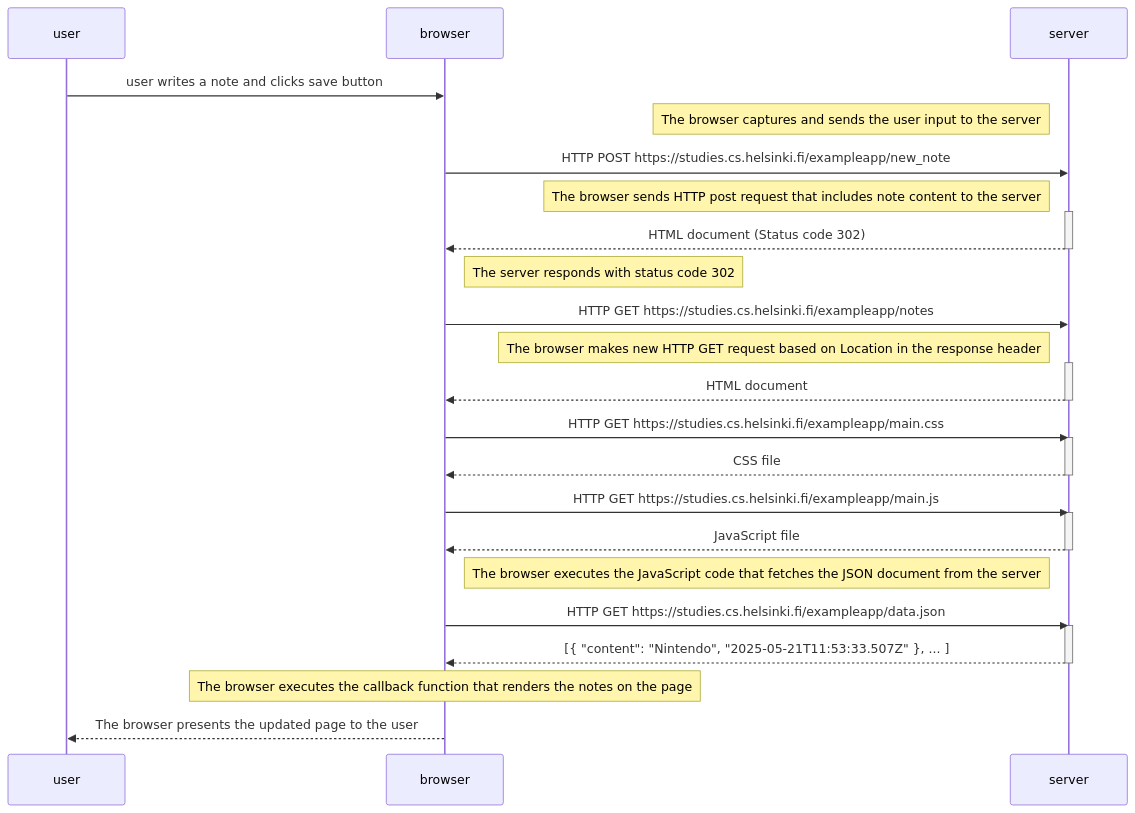
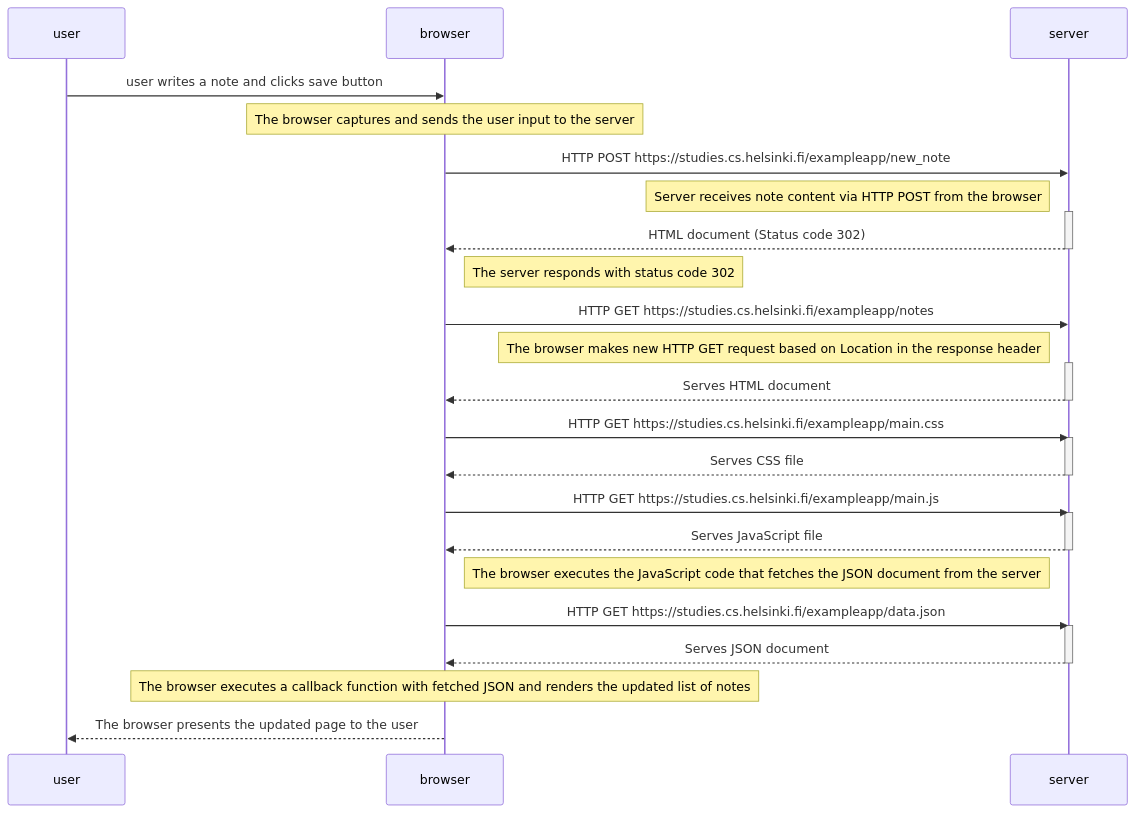
One commit to serfoll/fso_part0 changed the diagram in new-note-diagram/new-note-diagram.md. Above: the diagram before and after it, drawn with Mermaid.

Commit message:
rewording and typos fix for easier understanding

````diff
--- a/new-note-diagram/new-note-diagram.md
+++ b/new-note-diagram/new-note-diagram.md
@@ -1,52 +1,52 @@
 ```mermaid
 sequenceDiagram
 participant user
 participant browser
 participant server
 
   user->>browser: user writes a note and clicks save button
 
-  Note left of server: The browser captures and sends the user input to the server
+  Note over browser: The browser captures and sends the user input to the server
 
   browser->>server: HTTP POST https://studies.cs.helsinki.fi/exampleapp/new_note
 
-  Note left of server: The browser sends HTTP post request that includes note content to the server
+  Note left of server: Server receives note content via HTTP POST from the browser
 
   activate server
   server-->>browser: HTML document (Status code 302)
   deactivate server
 
   Note right of browser: The server responds with status code 302
 
   browser->>server: HTTP GET https://studies.cs.helsinki.fi/exampleapp/notes
 
   Note left of server: The browser makes new HTTP GET request based on Location in the response header
 
   activate server
-  server-->>browser: HTML document
+  server-->>browser: Serves HTML document
   deactivate server
 
   browser->>server: HTTP GET https://studies.cs.helsinki.fi/exampleapp/main.css
 
   activate server
-  server-->>browser: CSS file
+  server-->>browser: Serves CSS file
   deactivate server
 
   browser->>server: HTTP GET https://studies.cs.helsinki.fi/exampleapp/main.js
 
   activate server
-  server-->>browser: JavaScript file
+  server-->>browser: Serves JavaScript file
   deactivate server
 
   Note right of browser: The browser executes the JavaScript code that fetches the JSON document from the server
 
   browser->>server: HTTP GET https://studies.cs.helsinki.fi/exampleapp/data.json
 
   activate server
-  server-->>browser: [{ "content": "Nintendo", "2025-05-21T11:53:33.507Z" }, ... ]
+  server-->>browser: Serves JSON document
   deactivate server
 
-  Note over browser: The browser executes the callback function that renders the notes on the page
+  Note over browser: The browser executes a callback function with fetched JSON and renders the updated list of notes
 
   browser-->>user: The browser presents the updated page to the user
 ```
````
